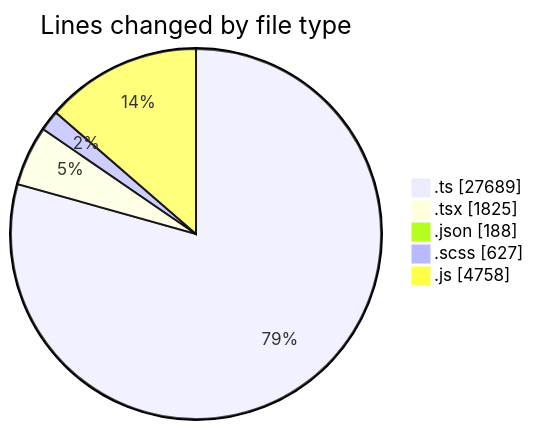
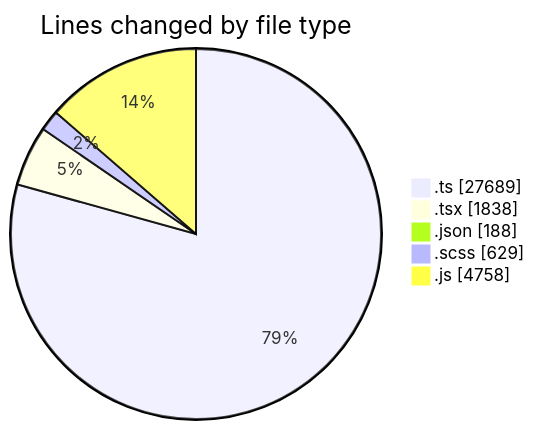
Before and after one commit to momahboobian/code-tracking: the first of 2 diagrams in 2026-05-07/cda/README.md, drawn with Mermaid. The commit also changed other lines of this file and 1 other file, not shown here.

````diff
--- a/2026-05-07/cda/README.md
+++ b/2026-05-07/cda/README.md
@@ -46,9 +46,9 @@
 ```mermaid
 pie showData
 title Lines changed by file type
 ".ts" : 27689
-".tsx" : 1825
+".tsx" : 1838
 ".json" : 188
-".scss" : 627
+".scss" : 629
 ".js" : 4758
 ```
````
